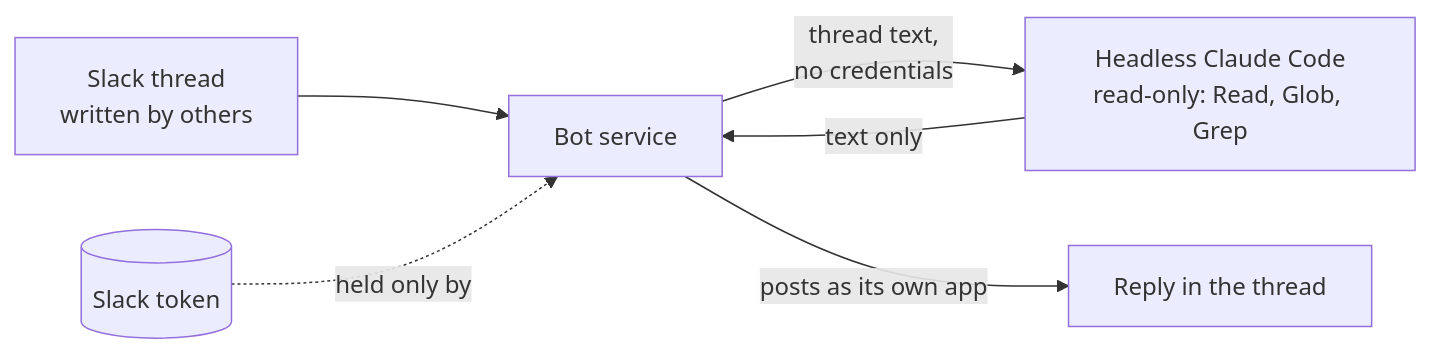
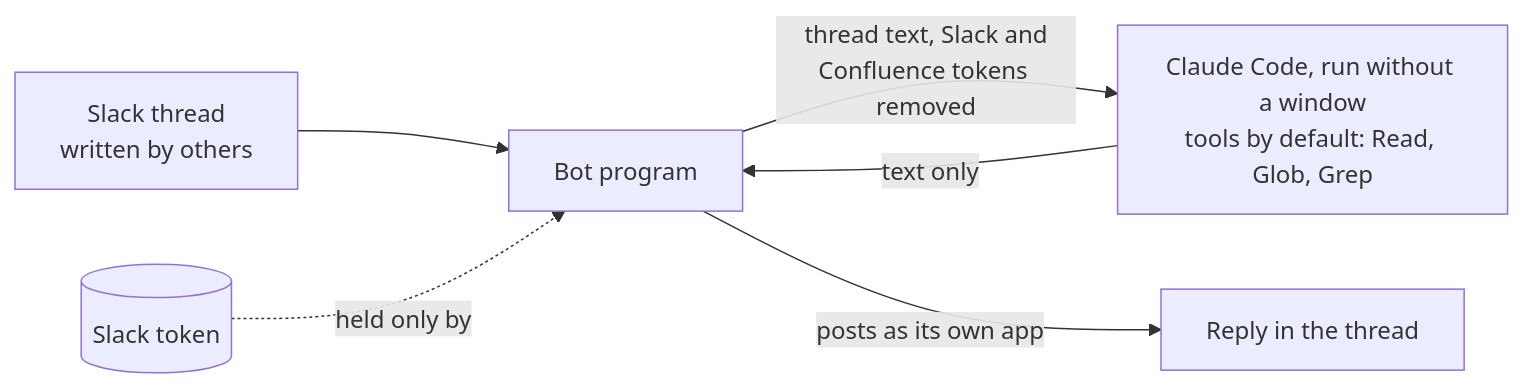
Before and after one commit to by-carlos/daikenja: the diagram in docs/guide/slack-bot.md, drawn with Mermaid. The commit also changed other lines of this file and 13 other files, not shown here.

````diff
--- a/docs/guide/slack-bot.md
+++ b/docs/guide/slack-bot.md
@@ -34,8 +33,8 @@
 ```mermaid
 flowchart LR
-    S[Slack thread<br/>written by others] --> B[Bot service]
-    B -->|thread text,<br/>no credentials| M["Headless Claude Code<br/>read-only: Read, Glob, Grep"]
+    S[Slack thread<br/>written by others] --> B[Bot program]
+    B -->|thread text, Slack and<br/>Confluence tokens removed| M["Claude Code, run without a window<br/>tools by default: Read, Glob, Grep"]
     M -->|text only| B
     B -->|posts as its own app| P[Reply in the thread]
     T[(Slack token)] -.held only by.-> B
 ```
````
